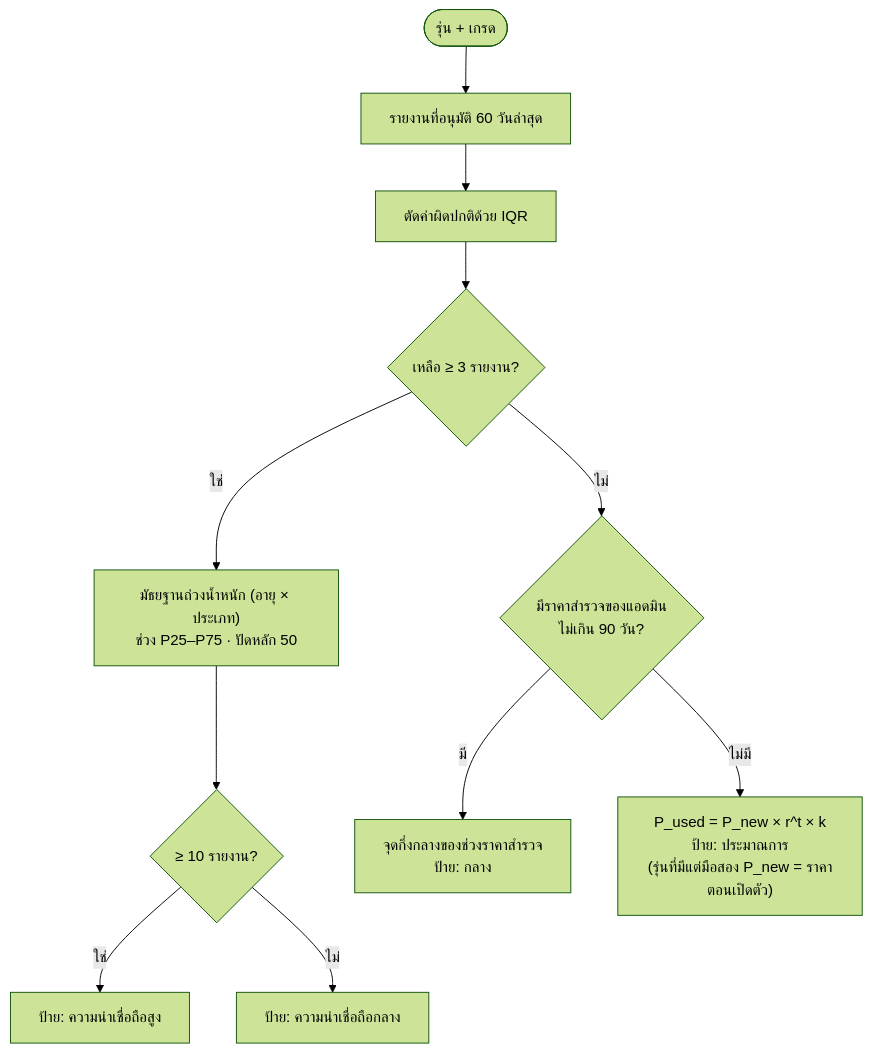
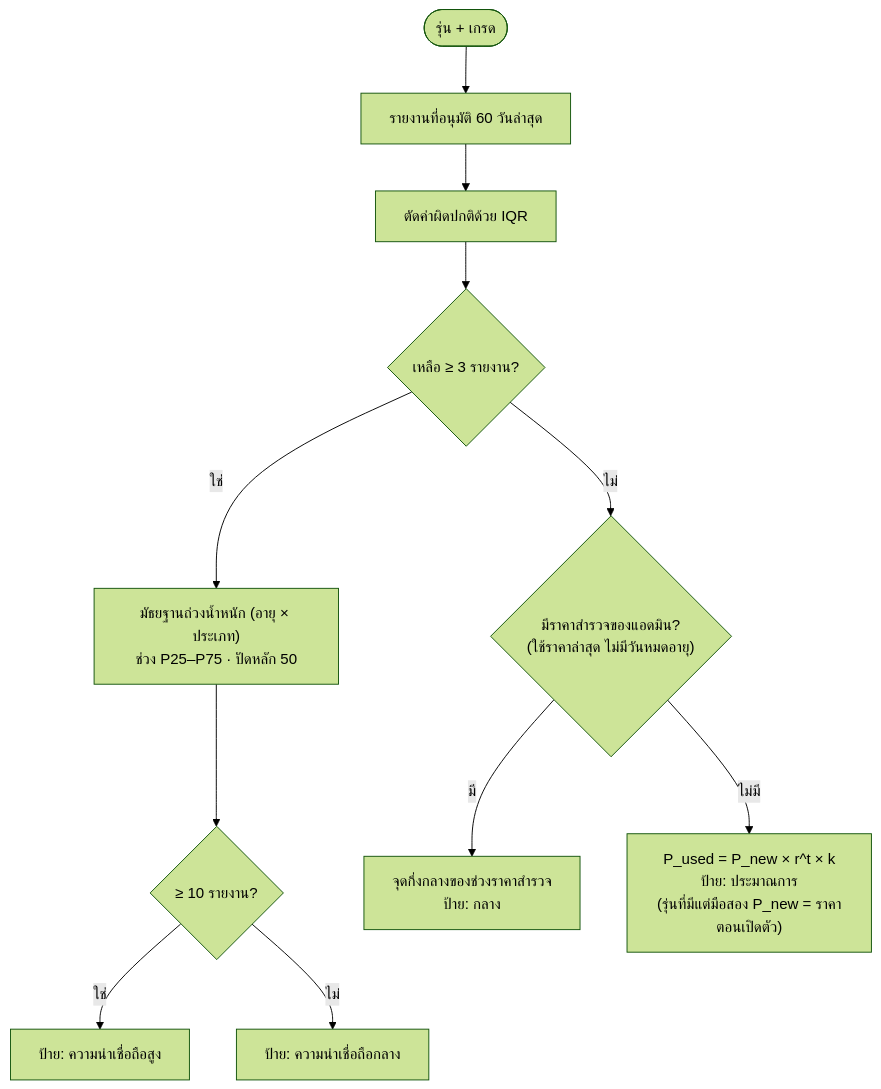
The diagram in docs/diagrams/flow-used-price.mmd (LasperX/BuildCheck), drawn with Mermaid (forest theme) before and after one commit. The commit also changed 12 other files, not shown here.

Commit message:
ราคาสำรวจมือสองของแอดมินไม่มีวันหมดอายุ: ใช้ราคาล่าสุดไปจนกว่าจะบันทึกราคาใหม่ (เดิมครบ 90 วันแล้วตกไปใช้สูตรค่าเสื่อม) · รายการเตือนหลังบ้านนับรุ่นที่เคยสำรวจแล้วเป็นมีราคา · ยังไม่ใช้ราคาที่ลงวันที่ในอนาคต

```diff
--- a/docs/diagrams/flow-used-price.mmd
+++ b/docs/diagrams/flow-used-price.mmd
@@ -1,12 +1,12 @@
 %% เลือกแหล่งราคากลางมือสอง (หัวข้อ 4.6) ตามโค้ดใน src/lib/compat/used-price.ts
 flowchart TD
   s([รุ่น + เกรด]) --> r["รายงานที่อนุมัติ 60 วันล่าสุด"]
   r --> iqr["ตัดค่าผิดปกติด้วย IQR"]
   iqr --> n{"เหลือ ≥ 3 รายงาน?"}
   n -- ใช่ --> med["มัธยฐานถ่วงน้ำหนัก (อายุ × ประเภท)<br/>ช่วง P25–P75 · ปัดหลัก 50"]
   med --> conf{"≥ 10 รายงาน?"}
   conf -- ใช่ --> high["ป้าย: ความน่าเชื่อถือสูง"]
   conf -- ไม่ --> mid["ป้าย: ความน่าเชื่อถือกลาง"]
-  n -- ไม่ --> sv{"มีราคาสำรวจของแอดมิน<br/>ไม่เกิน 90 วัน?"}
+  n -- ไม่ --> sv{"มีราคาสำรวจของแอดมิน?<br/>(ใช้ราคาล่าสุด ไม่มีวันหมดอายุ)"}
   sv -- มี --> svp["จุดกึ่งกลางของช่วงราคาสำรวจ<br/>ป้าย: กลาง"]
   sv -- ไม่มี --> est["P_used = P_new × r^t × k<br/>ป้าย: ประมาณการ<br/>(รุ่นที่มีแต่มือสอง P_new = ราคาตอนเปิดตัว)"]
```
